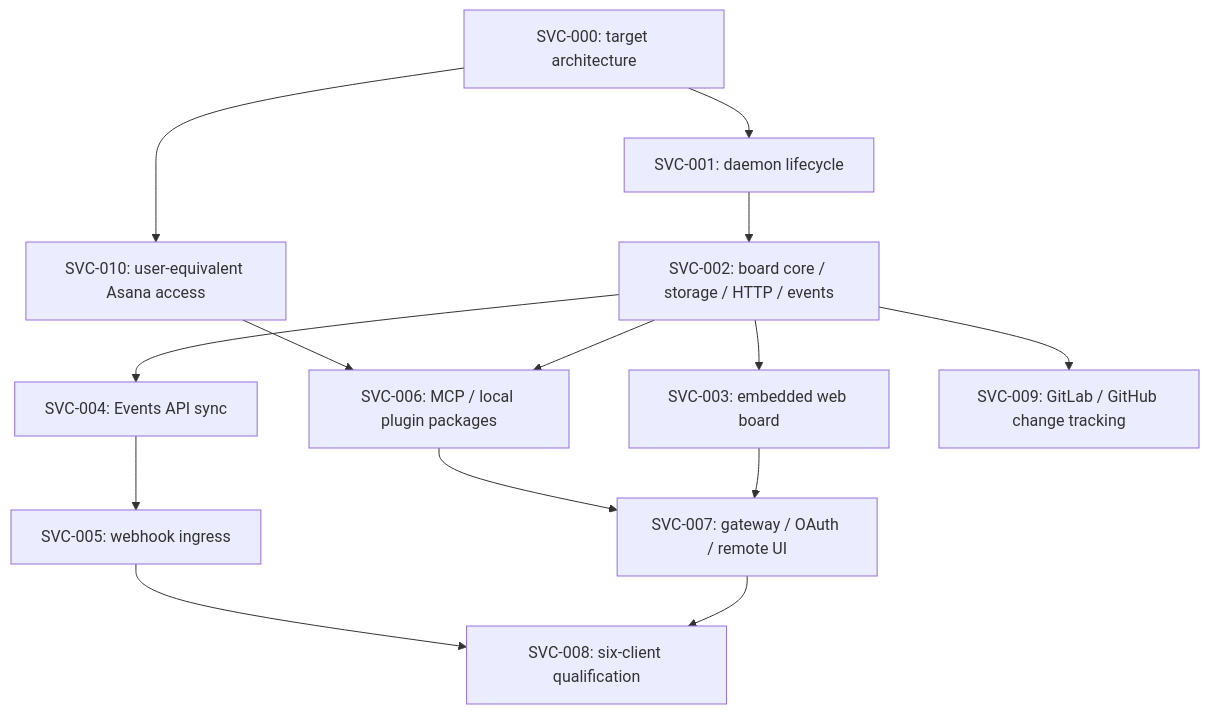
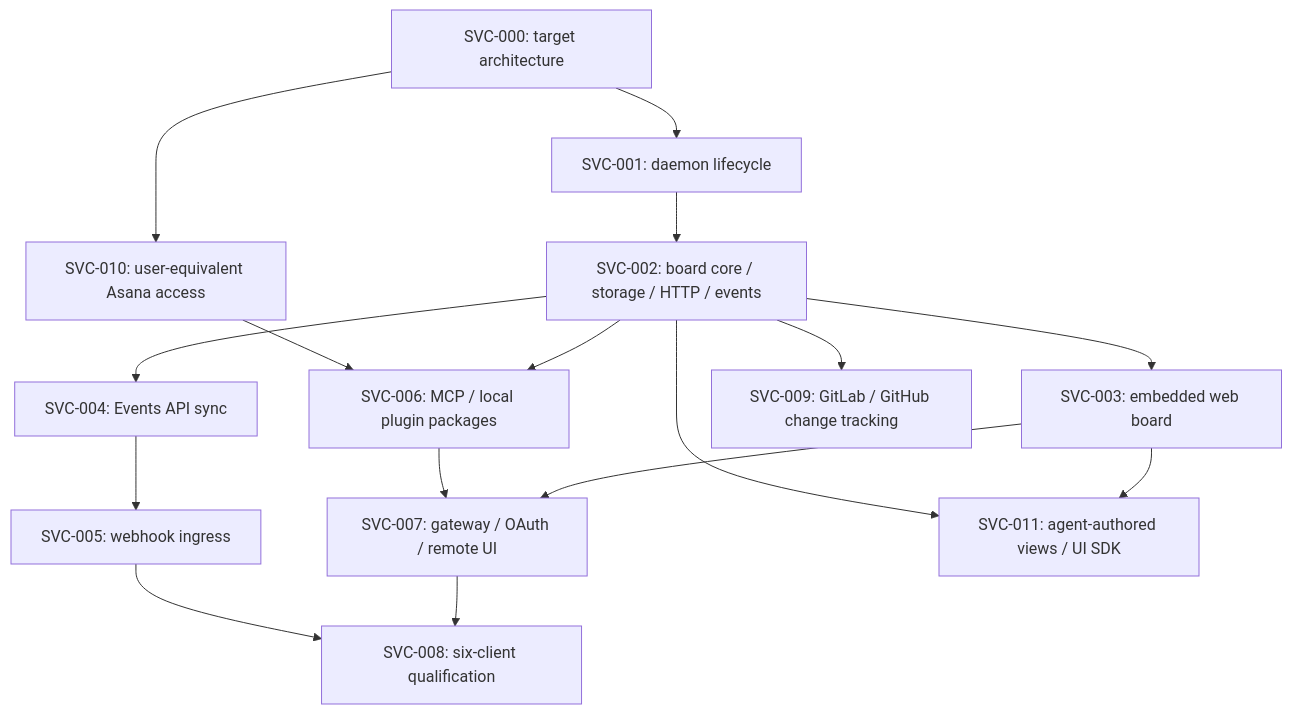
Before and after one commit to ggkguelensan/asana-cli: the diagram in docs/service-delivery-plan.md, drawn with Mermaid. The commit also changed other lines of this file and 8 other files, not shown here.

Commit message:
docs: define agent-authored views and GitLab SDK subscriptions

````diff
--- a/docs/service-delivery-plan.md
+++ b/docs/service-delivery-plan.md
@@ -35,16 +36,18 @@
 ```mermaid
 flowchart TD
     D[SVC-000: target architecture] --> L[SVC-001: daemon lifecycle]
     D --> AUTH[SVC-010: user-equivalent Asana access]
     L --> B[SVC-002: board core / storage / HTTP / events]
     B --> UI[SVC-003: embedded web board]
     B --> SY[SVC-004: Events API sync]
     SY --> WH[SVC-005: webhook ingress]
     B --> MCP[SVC-006: MCP / local plugin packages]
     AUTH --> MCP
     UI --> GW[SVC-007: gateway / OAuth / remote UI]
     MCP --> GW
     GW --> Q[SVC-008: six-client qualification]
     WH --> Q
     B --> GIT[SVC-009: GitLab / GitHub change tracking]
+    UI --> VIEWS[SVC-011: agent-authored views / UI SDK]
+    B --> VIEWS
 ```
````
